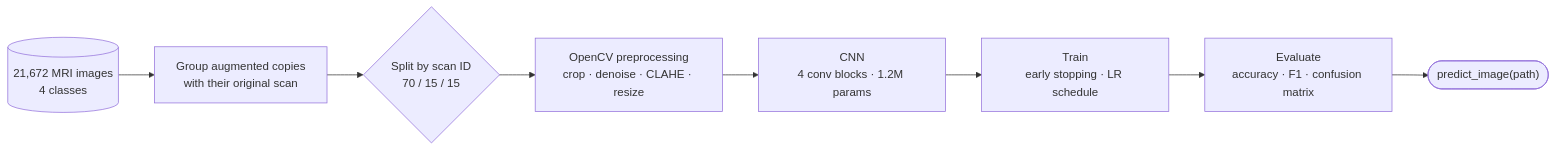
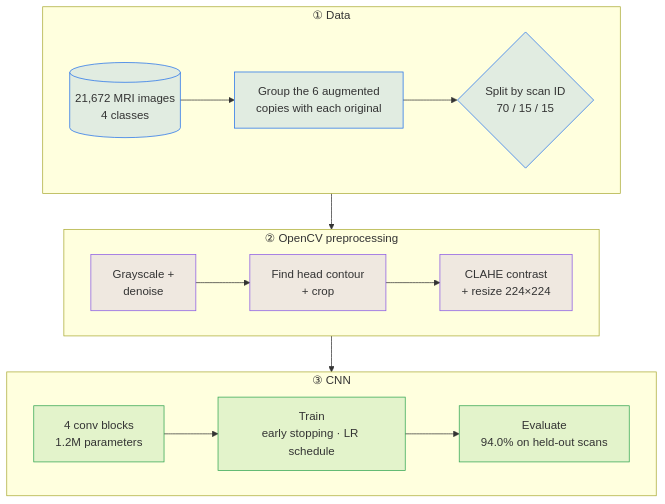
One commit to vignxhhh/brain-tumor-mri-cnn changed the diagram in README.md. Above: the diagram before and after it, drawn with Mermaid.

Commit message:
README: split pipeline diagram into three readable stages

````diff
--- a/README.md
+++ b/README.md
@@ -89,10 +89,23 @@
 ```mermaid
-flowchart LR
-    A[("21,672 MRI images<br/>4 classes")] --> B["Group augmented copies<br/>with their original scan"]
-    B --> C{"Split by scan ID<br/>70 / 15 / 15"}
-    C --> D["OpenCV preprocessing<br/>crop · denoise · CLAHE · resize"]
-    D --> E["CNN<br/>4 conv blocks · 1.2M params"]
-    E --> F["Train<br/>early stopping · LR schedule"]
-    F --> G["Evaluate<br/>accuracy · F1 · confusion matrix"]
-    G --> H(["predict_image(path)"])
+flowchart TB
+    subgraph S1["① Data"]
+        direction LR
+        A[("21,672 MRI images<br/>4 classes")] --> B["Group the 6 augmented<br/>copies with each original"] --> C{"Split by scan ID<br/>70 / 15 / 15"}
+    end
+    subgraph S2["② OpenCV preprocessing"]
+        direction LR
+        D["Grayscale +<br/>denoise"] --> E["Find head contour<br/>+ crop"] --> F["CLAHE contrast<br/>+ resize 224×224"]
+    end
+    subgraph S3["③ CNN"]
+        direction LR
+        G["4 conv blocks<br/>1.2M parameters"] --> H["Train<br/>early stopping · LR schedule"] --> I["Evaluate<br/>94.0% on held-out scans"]
+    end
+    S1 --> S2 --> S3
+
+    classDef data fill:#1f6feb22,stroke:#1f6feb
+    classDef cv fill:#8957e522,stroke:#8957e5
+    classDef cnn fill:#2ea44f22,stroke:#2ea44f
+    class A,B,C data
+    class D,E,F cv
+    class G,H,I cnn
 ```
````
